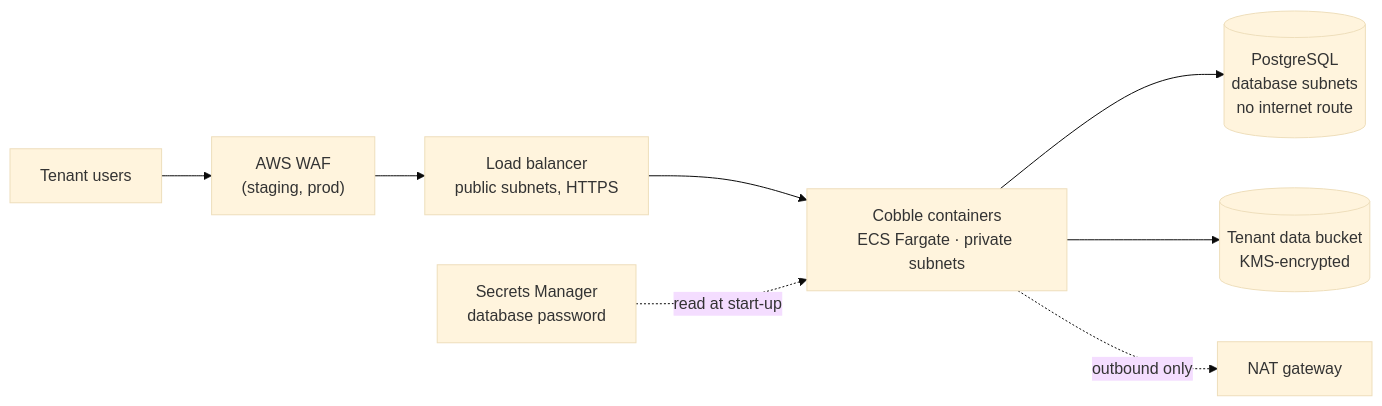
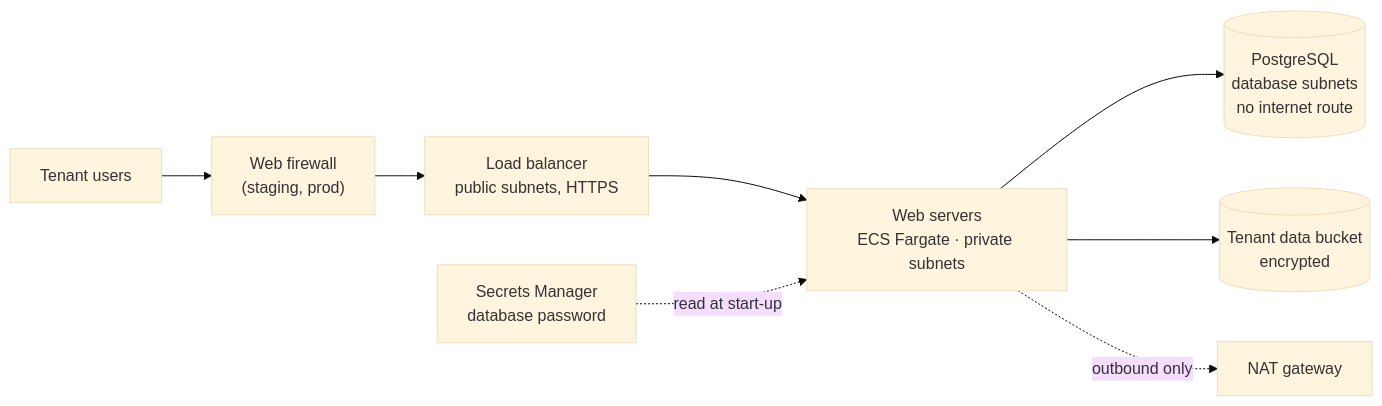
The second of 2 diagrams in infrastructure/solution-a/README.md (G-0Z/IFB398---Cobble-AWS---T235), drawn with Mermaid (base theme) before and after one commit. The commit also changed other lines of this file and 181 other files, not shown here.

````diff
--- a/infrastructure/solution-a/README.md
+++ b/infrastructure/solution-a/README.md
@@ -49,10 +54,10 @@
 ```mermaid
 flowchart LR
-    USERS["Tenant users"] --> WAF["AWS WAF<br/>(staging, prod)"]
+    USERS["Tenant users"] --> WAF["Web firewall<br/>(staging, prod)"]
     WAF --> ALB["Load balancer<br/>public subnets, HTTPS"]
-    ALB --> APP["Cobble containers<br/>ECS Fargate · private subnets"]
+    ALB --> APP["Web servers<br/>ECS Fargate · private subnets"]
     APP --> DB[("PostgreSQL<br/>database subnets<br/>no internet route")]
-    APP --> S3[("Tenant data bucket<br/>KMS-encrypted")]
+    APP --> S3[("Tenant data bucket<br/>encrypted")]
     APP -. "outbound only" .-> NAT["NAT gateway"]
     SM["Secrets Manager<br/>database password"] -. "read at start-up" .-> APP
 ```
````
